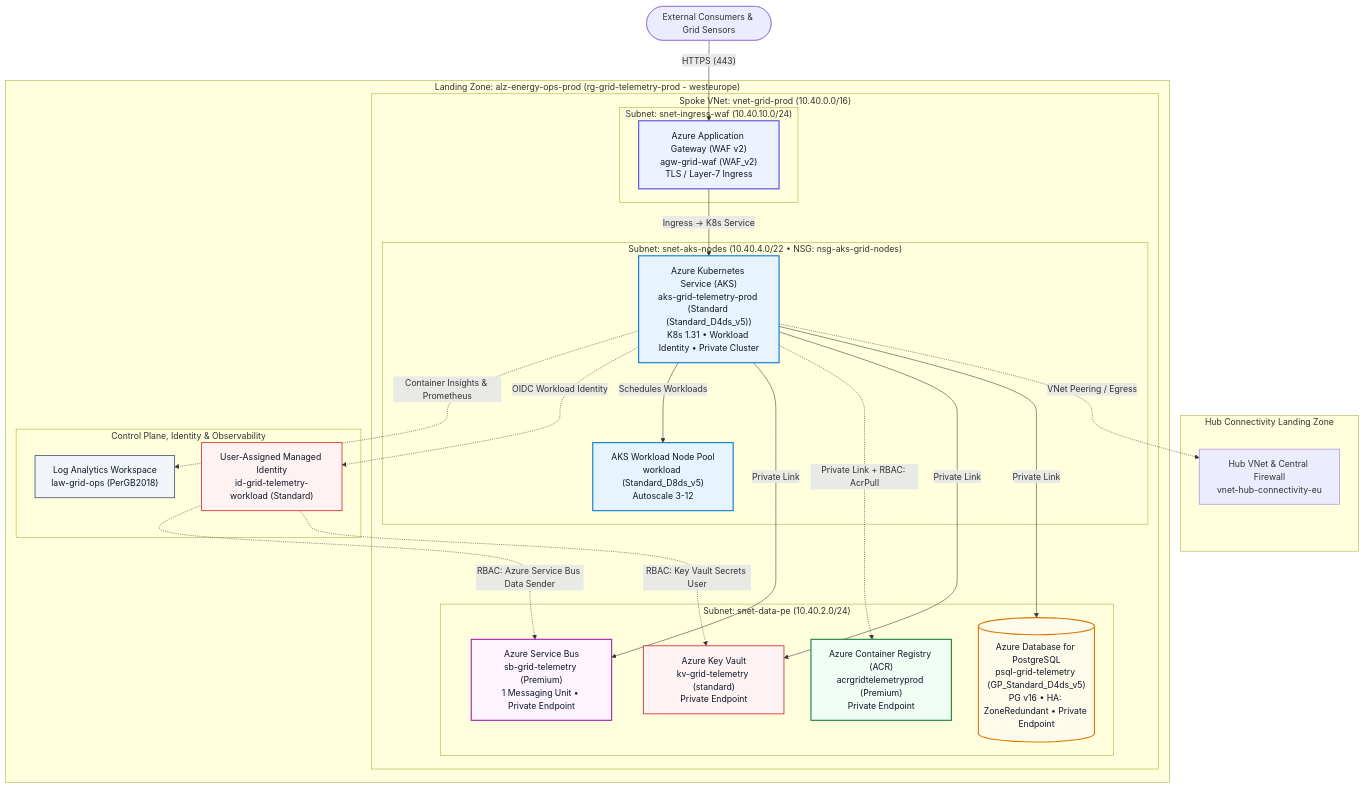
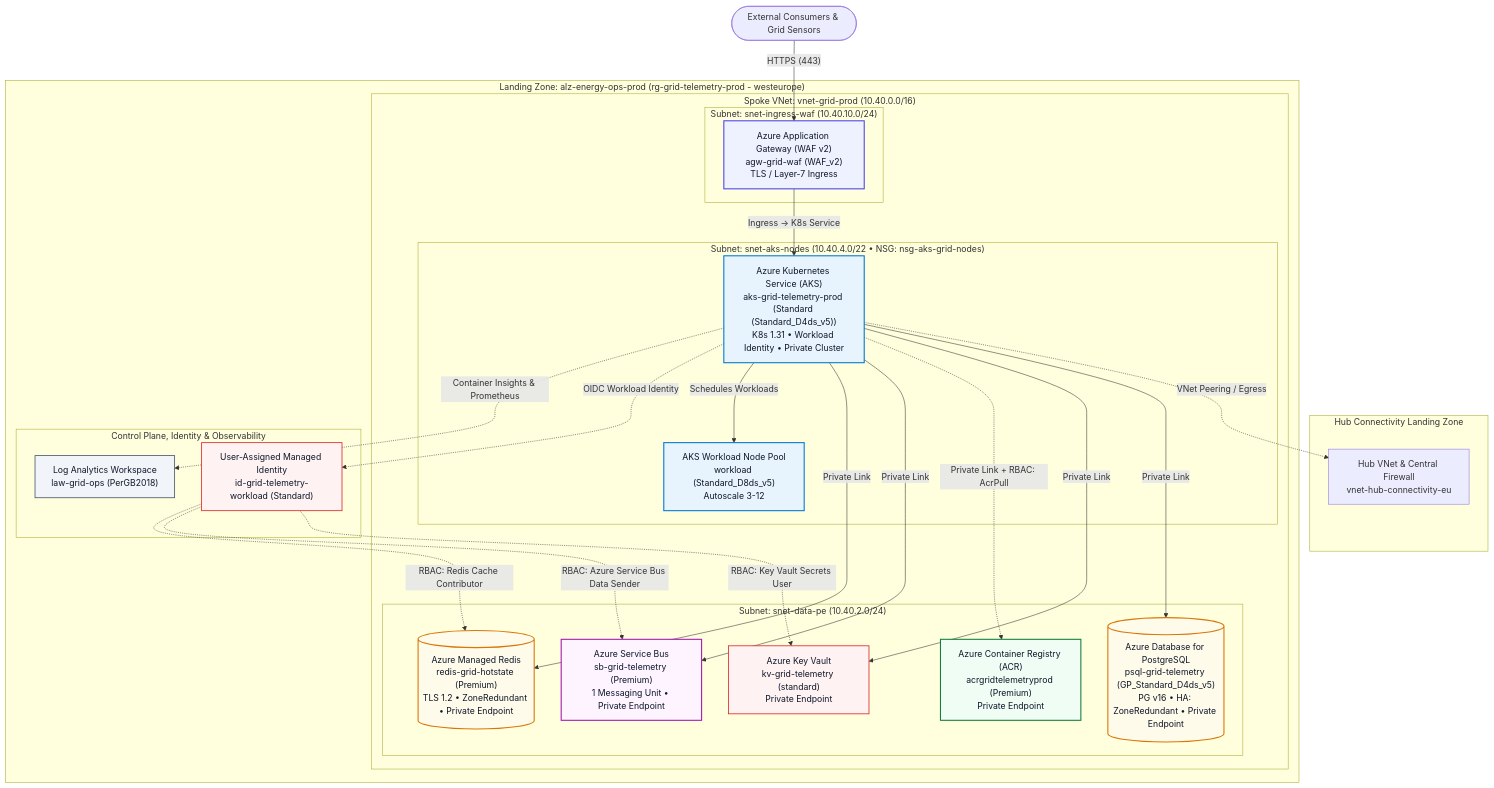
Before and after one commit to gitpavleenbali/dac-workload-modernization: the diagram in README.md, drawn with Mermaid. The commit also changed other lines of this file and 10 other files, not shown here.

Commit message:
feat(infra): add Azure Managed Redis hot-state cache (redis-grid-hotstate) with Private Link & RBAC

````diff
--- a/README.md
+++ b/README.md
@@ -20,56 +20,60 @@
 ```mermaid
 flowchart TB
   ext_clients(["External Consumers & Grid Sensors"])
   subgraph sg_hub["Hub Connectivity Landing Zone"]
     hub_vnet["Hub VNet & Central Firewall<br/>vnet-hub-connectivity-eu"]
   end
   subgraph sg_rg["Landing Zone: alz-energy-ops-prod (rg-grid-telemetry-prod - westeurope)"]
     subgraph sg_vnet["Spoke VNet: vnet-grid-prod (10.40.0.0/16)"]
       subgraph sg_snet_aks_nodes["Subnet: snet-aks-nodes (10.40.4.0/22 • NSG: nsg-aks-grid-nodes)"]
         aks_aks["Azure Kubernetes Service (AKS)<br/>aks-grid-telemetry-prod (Standard (Standard_D4ds_v5))<br/>K8s 1.31 • Workload Identity • Private Cluster"]
         aks_node_pool_workload["AKS Workload Node Pool<br/>workload (Standard_D8ds_v5)<br/>Autoscale 3-12"]
       end
       subgraph sg_snet_ingress_waf["Subnet: snet-ingress-waf (10.40.10.0/24)"]
         app_gateway_waf_ingress["Azure Application Gateway (WAF v2)<br/>agw-grid-waf (WAF_v2)<br/>TLS / Layer-7 Ingress"]
       end
       subgraph sg_snet_data_pe["Subnet: snet-data-pe (10.40.2.0/24)"]
         acr_acr["Azure Container Registry (ACR)<br/>acrgridtelemetryprod (Premium)<br/>Private Endpoint"]
         service_bus_sb["Azure Service Bus<br/>sb-grid-telemetry (Premium)<br/>1 Messaging Unit • Private Endpoint"]
+        redis_hotstate[("Azure Managed Redis<br/>redis-grid-hotstate (Premium)<br/>TLS 1.2 • ZoneRedundant • Private Endpoint")]
         postgresql_db[("Azure Database for PostgreSQL<br/>psql-grid-telemetry (GP_Standard_D4ds_v5)<br/>PG v16 • HA: ZoneRedundant • Private Endpoint")]
         key_vault_kv["Azure Key Vault<br/>kv-grid-telemetry (standard)<br/>Private Endpoint"]
       end
     end
     subgraph sg_platform["Control Plane, Identity & Observability"]
       managed_identity_workload_mi["User-Assigned Managed Identity<br/>id-grid-telemetry-workload (Standard)"]
       log_analytics_law["Log Analytics Workspace<br/>law-grid-ops (PerGB2018)"]
     end
   end
   aks_aks -.->|"VNet Peering / Egress"| hub_vnet
   aks_aks -->|"Private Link"| postgresql_db
   aks_aks -->|"Private Link"| key_vault_kv
   aks_aks -.->|"Private Link + RBAC: AcrPull"| acr_acr
   aks_aks -->|"Private Link"| service_bus_sb
+  aks_aks -->|"Private Link"| redis_hotstate
   managed_identity_workload_mi -.->|"RBAC: Key Vault Secrets User"| key_vault_kv
   managed_identity_workload_mi -.->|"RBAC: Azure Service Bus Data Sender"| service_bus_sb
+  managed_identity_workload_mi -.->|"RBAC: Redis Cache Contributor"| redis_hotstate
   aks_aks -->|"Schedules Workloads"| aks_node_pool_workload
   ext_clients -->|"HTTPS (443)"| app_gateway_waf_ingress
   app_gateway_waf_ingress -->|"Ingress -> K8s Service"| aks_aks
   aks_aks -.->|"OIDC Workload Identity"| managed_identity_workload_mi
   aks_aks -.->|"Container Insights & Prometheus"| log_analytics_law
   classDef compute fill:#e8f4fd,stroke:#0078d4,stroke-width:2px,color:#0f172a;
   classDef ingress fill:#eef2ff,stroke:#4f46e5,stroke-width:2px,color:#0f172a;
   classDef containers fill:#f0fdf4,stroke:#15803d,stroke-width:2px,color:#0f172a;
   classDef data fill:#fffbeb,stroke:#d97706,stroke-width:2px,color:#0f172a;
   classDef messaging fill:#fdf4ff,stroke:#a21caf,stroke-width:2px,color:#0f172a;
   classDef security fill:#fef2f2,stroke:#dc2626,stroke-width:1.5px,color:#0f172a;
   classDef observability fill:#f1f5f9,stroke:#475569,stroke-width:1.5px,color:#0f172a;
   class app_gateway_waf_ingress ingress;
   class acr_acr containers;
   class managed_identity_workload_mi security;
   class aks_aks compute;
   class aks_node_pool_workload compute;
   class service_bus_sb messaging;
+  class redis_hotstate data;
   class postgresql_db data;
   class key_vault_kv security;
   class log_analytics_law observability;
 ```
````
